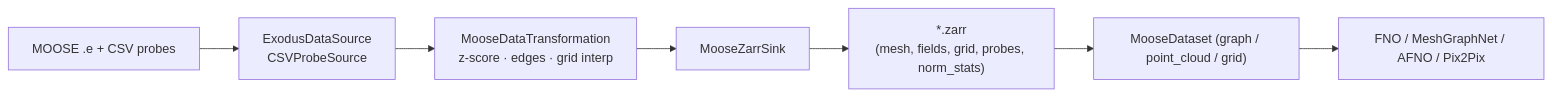
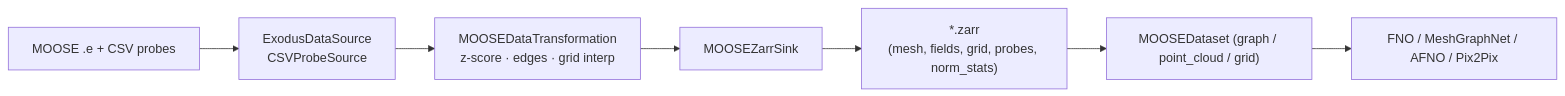
The diagram in docs/cases/moose_grid.md (MengnanLi91/TH_HOLO_workflow), drawn with Mermaid before and after one commit. The commit also changed other lines of this file and 29 other files, not shown here.

````diff
--- a/docs/cases/moose_grid.md
+++ b/docs/cases/moose_grid.md
@@ -28,9 +28,9 @@
 ```{mermaid}
 flowchart LR
     A["MOOSE .e + CSV probes"] --> S["ExodusDataSource<br/>CSVProbeSource"]
-    S --> T["MooseDataTransformation<br/>z-score · edges · grid interp"]
-    T --> K["MooseZarrSink"]
+    S --> T["MOOSEDataTransformation<br/>z-score · edges · grid interp"]
+    T --> K["MOOSEZarrSink"]
     K --> Z["*.zarr<br/>(mesh, fields, grid, probes, norm_stats)"]
-    Z --> D["MooseDataset (graph / point_cloud / grid)"]
+    Z --> D["MOOSEDataset (graph / point_cloud / grid)"]
     D --> FNO["FNO / MeshGraphNet / AFNO / Pix2Pix"]
 ```
````
